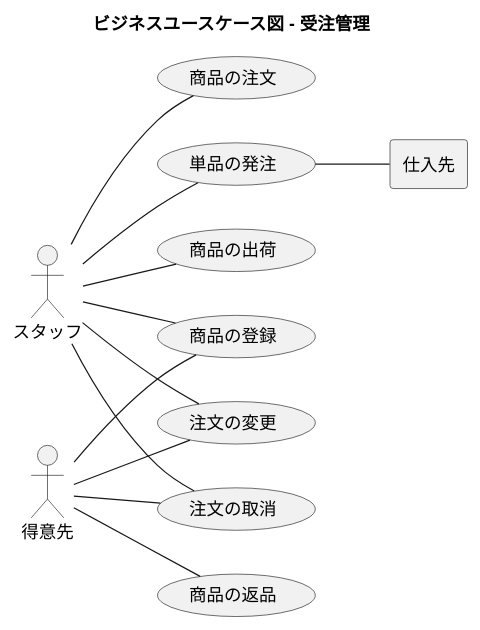
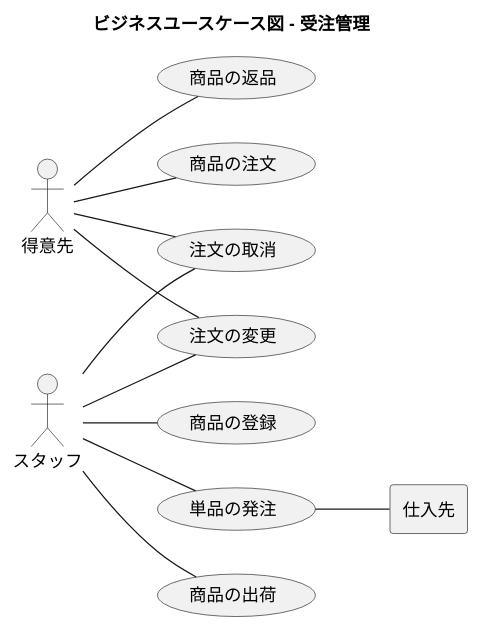
One commit to k2works/application_programing_excercise_2022 changed the sixth of 44 diagrams in docs/index.adoc. Above: the diagram before and after it, drawn with PlantUML. The commit also changed other lines of this file, not shown here.

```diff
--- a/docs/index.adoc
+++ b/docs/index.adoc
@@ -257,40 +257,38 @@
 [plantuml]
 ----
 @startuml
 
 title ビジネスユースケース図 - 受注管理
 
 left to right direction
 
 actor 得意先 as ac_01
 actor スタッフ as ac_02
 agent 仕入先 as ag_01
 
 usecase 商品の登録 as uc_01
 usecase 商品の注文 as uc_02
 usecase 単品の発注 as uc_03
 usecase 注文の変更 as uc_04
 usecase 注文の取消 as uc_05
 usecase 商品の出荷 as uc_06
 usecase 商品の返品 as uc_07
 
-ac_01 -- (uc_01)
-
 ac_02 -- (uc_01)
-ac_02 -- (uc_02)
+ac_01 -- (uc_02)
 
 ac_02 -- (uc_03)
 (uc_03) -- ag_01
 
 ac_01 -- (uc_04)
 ac_02 -- (uc_04)
 
 ac_01 -- (uc_05)
 ac_02 -- (uc_05)
 
 ac_02 -- (uc_06)
 
 ac_01 -- (uc_07)
 
 @enduml
 ----
```
